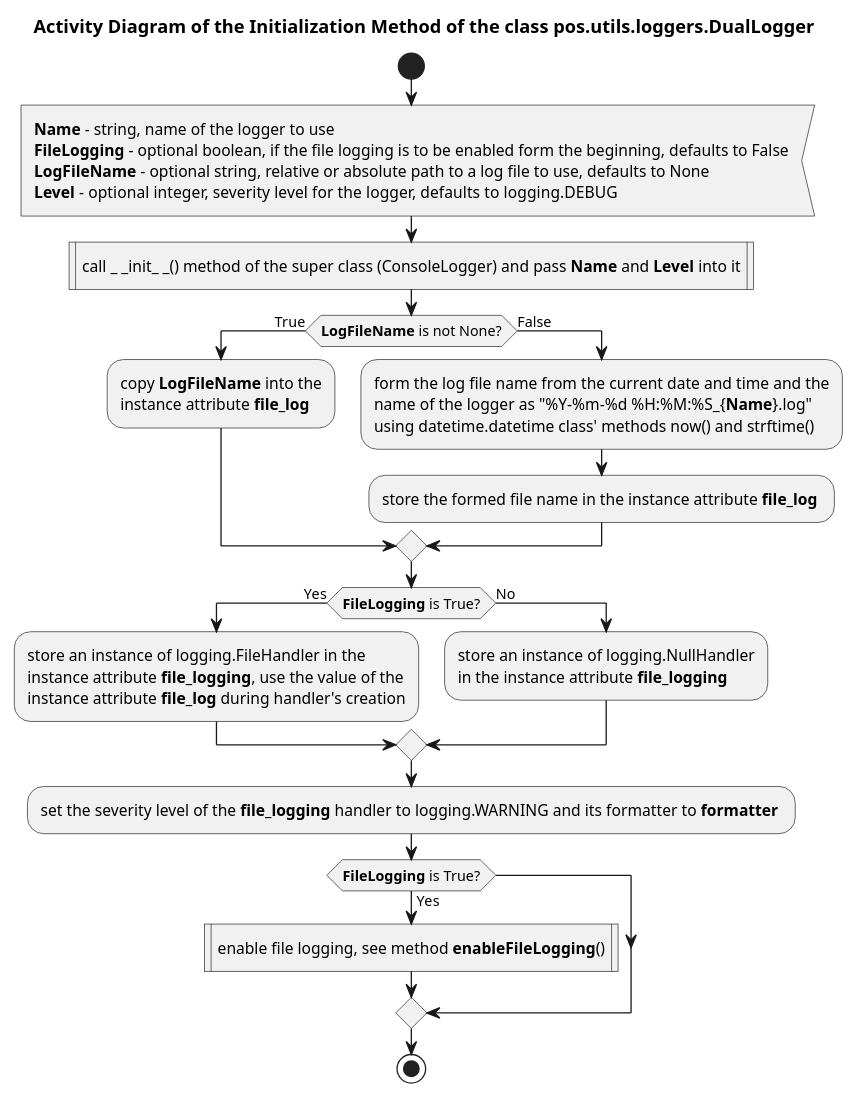
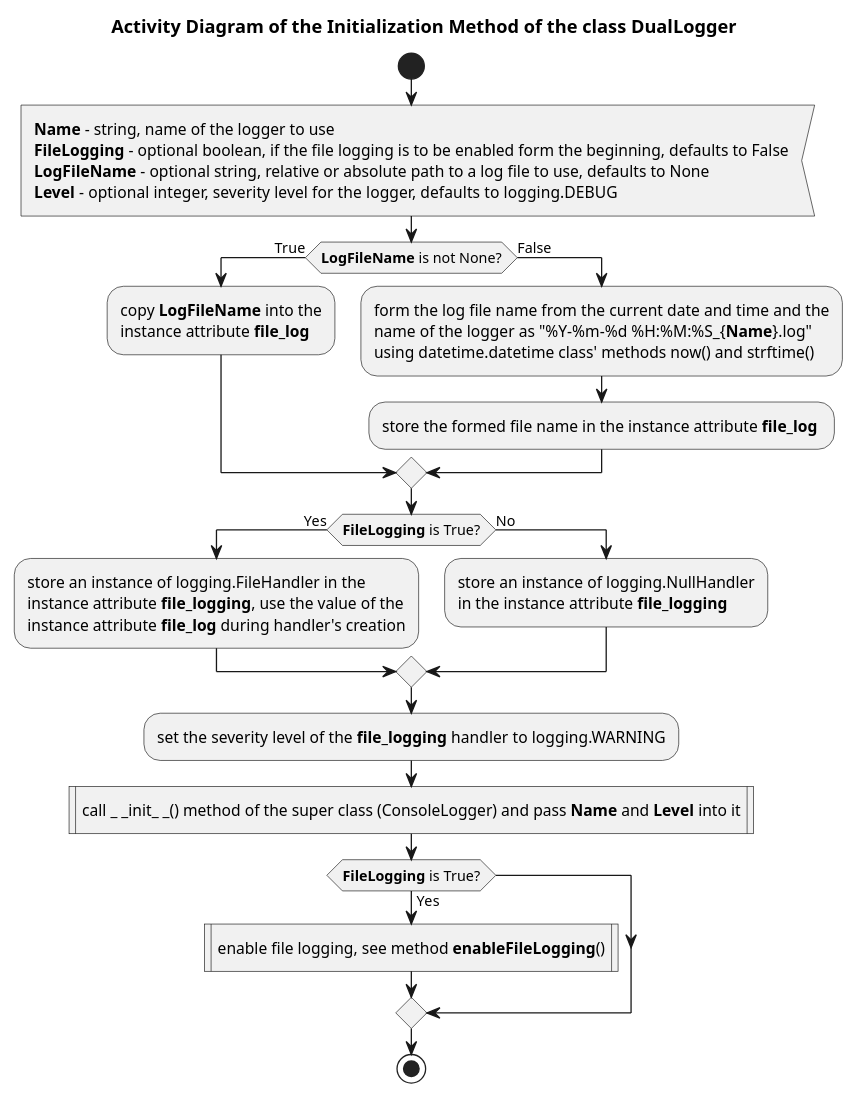
One commit to FooBarShebang/pos changed the diagram in Docs/UML/utils/loggers_py/DualLogger Initialization Activity.pu. Above: the diagram before and after it, drawn with PlantUML. The commit also changed 25 other files, not shown here.

Commit message:
refactored utils/loggers module + documentation

```diff
--- a/Docs/UML/utils/loggers_py/DualLogger Initialization Activity.pu
+++ b/Docs/UML/utils/loggers_py/DualLogger Initialization Activity.pu
@@ -1,42 +1,43 @@
 @startuml
 
-title Activity Diagram of the Initialization Method of the class pos.utils.loggers.DualLogger
+title Activity Diagram of the Initialization Method of the class DualLogger
 
 start
 
 :<b>Name</b> - string, name of the logger to use
 <b>FileLogging</b> - optional boolean, if the file logging is to be enabled form the beginning, defaults to False
 <b>LogFileName</b> - optional string, relative or absolute path to a log file to use, defaults to None
 <b>Level</b> - optional integer, severity level for the logger, defaults to logging.DEBUG<
 
-:call _ _init_ _() method of the super class (ConsoleLogger) and pass <b>Name</b> and <b>Level</b> into it|
 
 if (<b>LogFileName</b> is not None?) then (True)
     :copy <b>LogFileName</b> into the
     instance attribute <b>file_log</b> ;
 else (False)
     :form the log file name from the current date and time and the
     name of the logger as "%Y-%m-%d %H:%M:%S_{<b>Name</b>}.log"
     using datetime.datetime class' methods now() and strftime();
     
     :store the formed file name in the instance attribute <b>file_log</b> ;
 endif
 
 if (<b>FileLogging</b> is True?) then (Yes)
     :store an instance of logging.FileHandler in the
     instance attribute <b>file_logging</b>, use the value of the
     instance attribute <b>file_log</b> during handler's creation;
 else (No)
     :store an instance of logging.NullHandler
     in the instance attribute <b>file_logging</b> ;
 endif
 
-:set the severity level of the <b>file_logging</b> handler to logging.WARNING and its formatter to <b>formatter</b> ;
+:set the severity level of the <b>file_logging</b> handler to logging.WARNING;
+
+:call _ _init_ _() method of the super class (ConsoleLogger) and pass <b>Name</b> and <b>Level</b> into it|
 
 if (<b>FileLogging</b> is True?) then (Yes)
     :enable file logging, see method <b>enableFileLogging</b>()|
 endif
 
 stop
 
 @enduml
```
